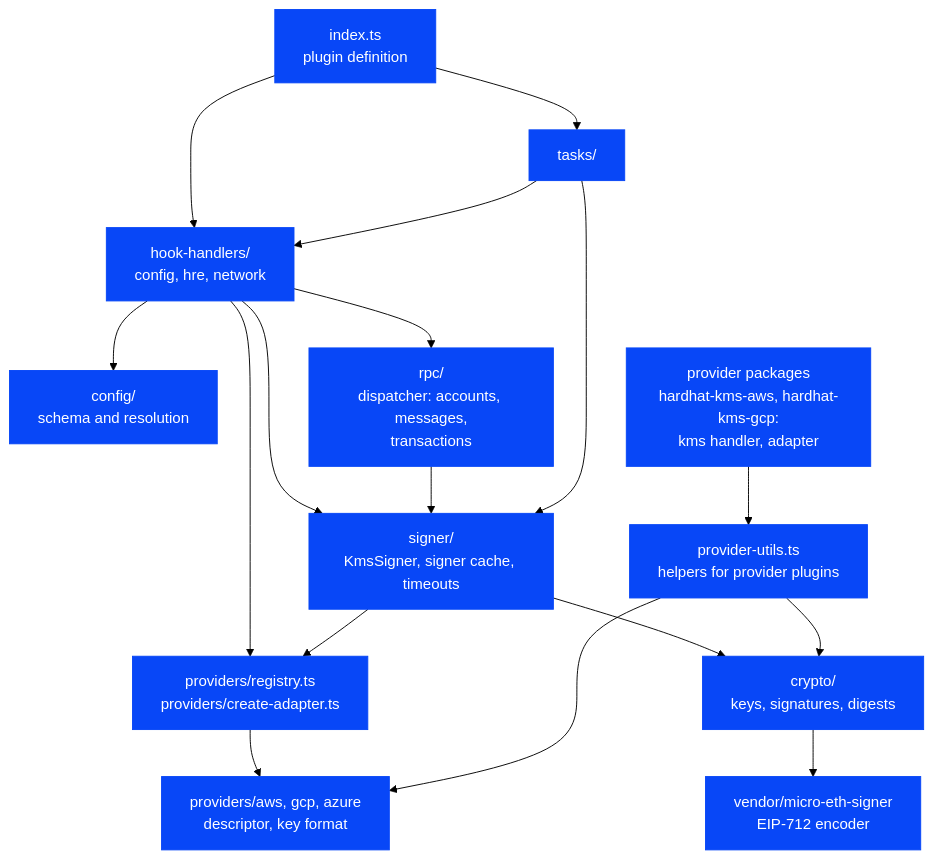
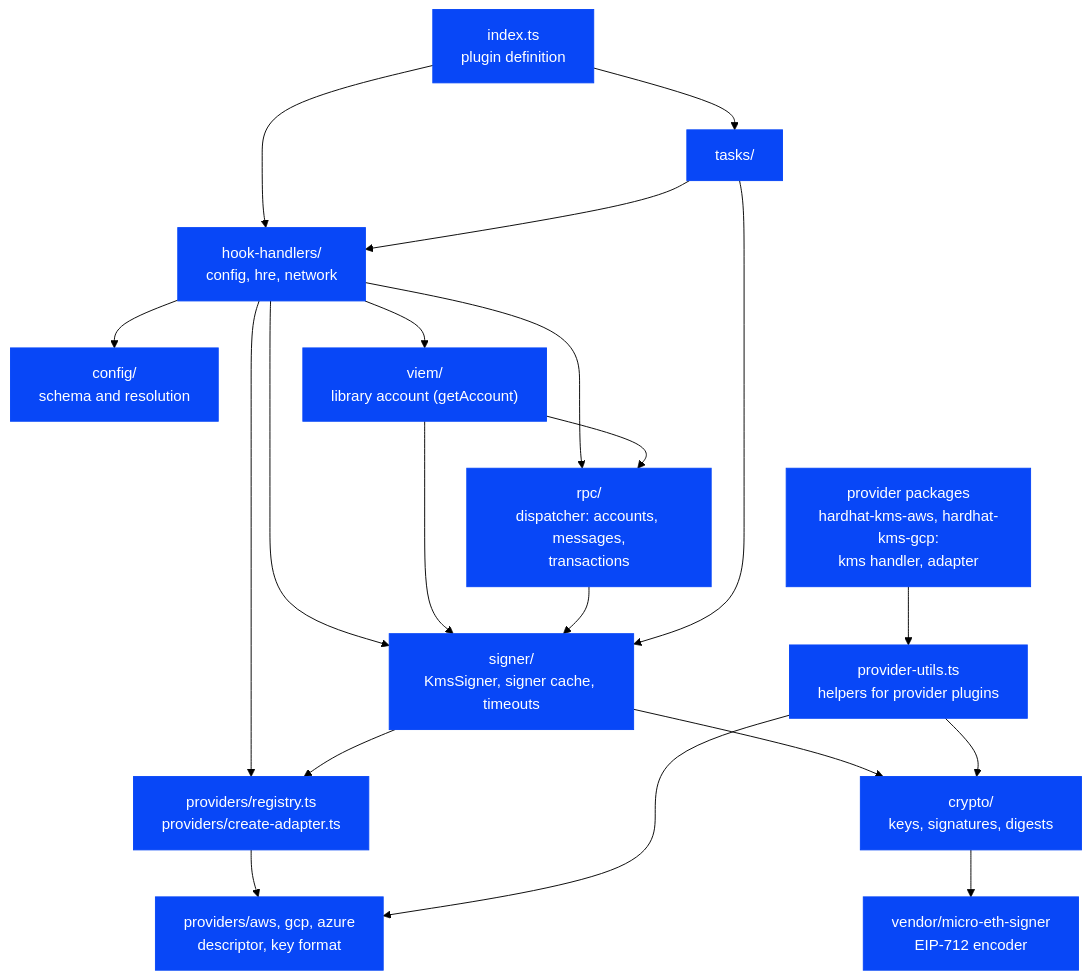
Before and after one commit to aelmanaa/hardhat-kms: the first of 4 diagrams in docs/contributor/architecture.md, drawn with Mermaid (forest theme). The commit also changed other lines of this file and 36 other files, not shown here.

First line of the commit message:
feat: add connection.kms.getAccount, a viem LocalAccount for a KMS key (#185)

````diff
--- a/docs/contributor/architecture.md
+++ b/docs/contributor/architecture.md
@@ -11,21 +11,24 @@
 ```mermaid
 flowchart TD
   index["index.ts<br/>plugin definition"] --> hooks["hook-handlers/<br/>config, hre, network"]
   index --> tasks["tasks/"]
   hooks --> config["config/<br/>schema and resolution"]
   hooks --> registry["providers/registry.ts<br/>providers/create-adapter.ts"]
   hooks --> rpc["rpc/<br/>dispatcher: accounts, messages,<br/>transactions"]
   hooks --> signer
+  hooks --> viem["viem/<br/>library account (getAccount)"]
+  viem --> rpc
+  viem --> signer
   rpc --> signer["signer/<br/>KmsSigner, signer cache, timeouts"]
   signer --> registry
   tasks --> signer
   tasks --> hooks
   registry --> descriptors["providers/aws, gcp, azure<br/>descriptor, key format"]
   signer --> crypto["crypto/<br/>keys, signatures, digests"]
   packages["provider packages<br/>hardhat-kms-aws, hardhat-kms-gcp:<br/>kms handler, adapter"] --> utils["provider-utils.ts<br/>helpers for provider plugins"]
   utils --> crypto
   utils --> descriptors
   crypto --> vendor["vendor/micro-eth-signer<br/>EIP-712 encoder"]
   classDef done fill:#0847F7,color:#fff,stroke:#0847F7
-  class index,hooks,rpc,crypto,signer,vendor,config,registry,descriptors,packages,utils,tasks done
+  class index,hooks,rpc,crypto,signer,vendor,config,registry,descriptors,packages,utils,tasks,viem done
 ```
````
